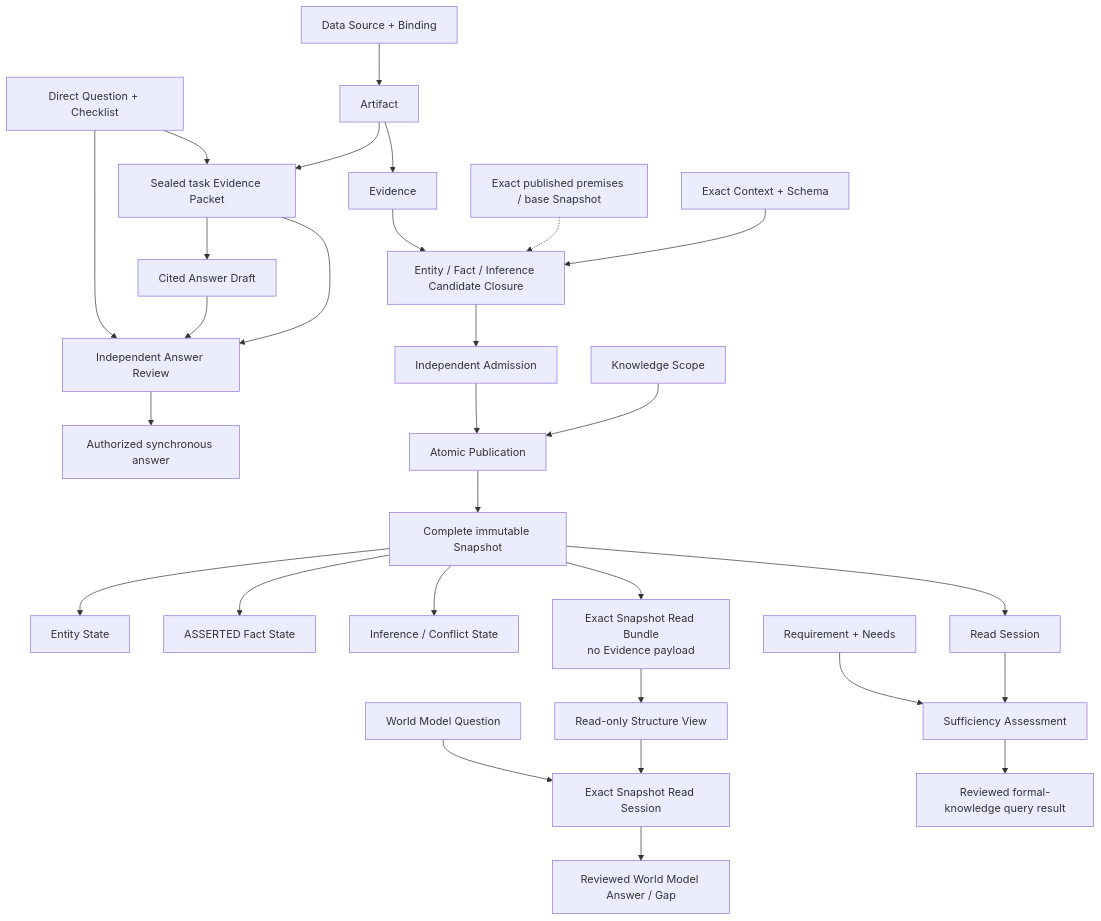
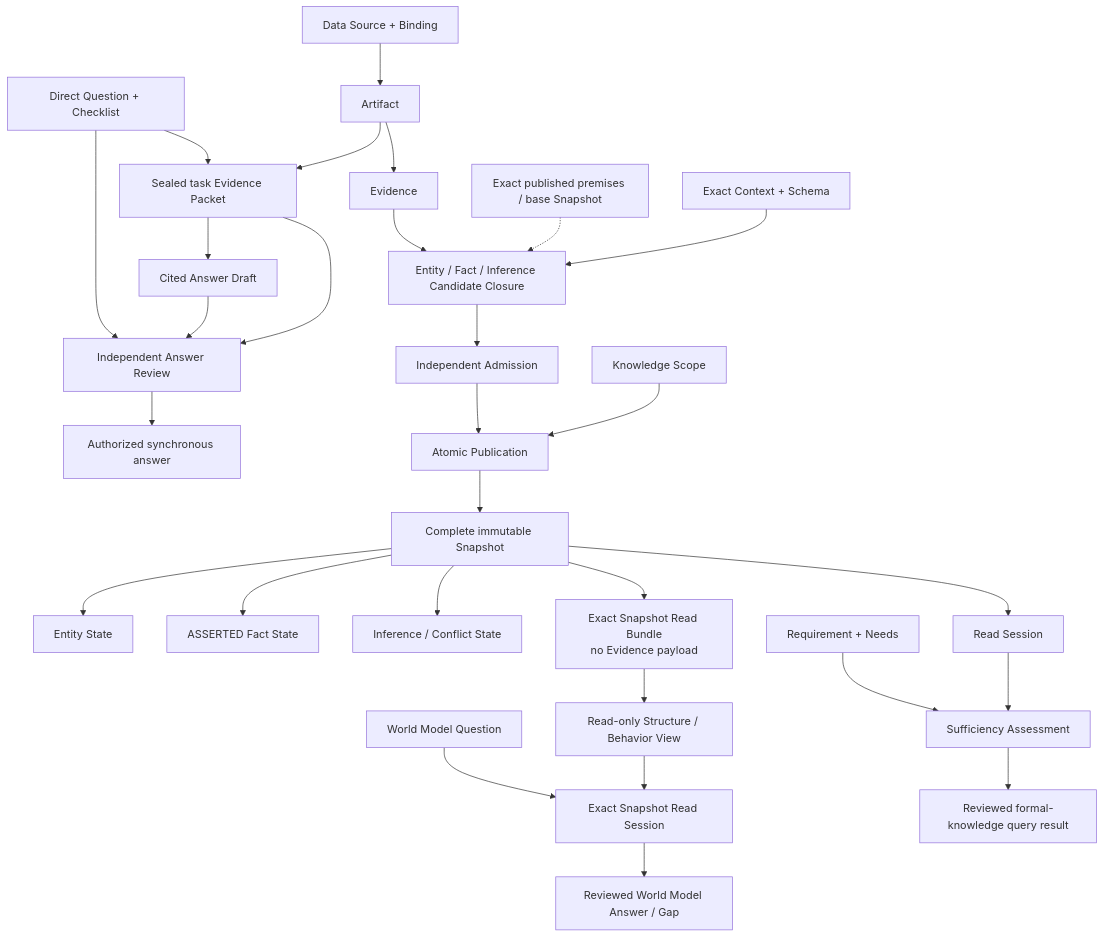
One commit to baitianxia/software-world-model changed the diagram in docs/system/architecture/domain-model.md. Above: the diagram before and after it, drawn with Mermaid. The commit also changed other lines of this file and 134 other files, not shown here.

````diff
--- a/docs/system/architecture/domain-model.md
+++ b/docs/system/architecture/domain-model.md
@@ -14,31 +14,31 @@
 ```mermaid
 flowchart TD
     DS["Data Source + Binding"] --> AR["Artifact"]
     Q["Direct Question + Checklist"] --> EP["Sealed task Evidence Packet"]
     AR --> EP
     EP --> DA["Cited Answer Draft"]
     Q --> RV["Independent Answer Review"]
     DA --> RV
     EP --> RV
     RV --> AA["Authorized synchronous answer"]
     AR --> EV["Evidence"]
     EV --> CC["Entity / Fact / Inference Candidate Closure"]
     PS["Exact published premises / base Snapshot"] -.-> CC
     CX["Exact Context + Schema"] --> CC
     CC --> AD["Independent Admission"]
     AD --> PB["Atomic Publication"]
     KS["Knowledge Scope"] --> PB
     PB --> SN["Complete immutable Snapshot"]
     SN --> EN["Entity State"]
     SN --> FA["ASSERTED Fact State"]
     SN --> IN["Inference / Conflict State"]
     SN --> RB["Exact Snapshot Read Bundle<br/>no Evidence payload"]
-    RB --> SV["Read-only Structure View"]
+    RB --> SV["Read-only Structure / Behavior View"]
     WQ["World Model Question"] --> WR["Exact Snapshot Read Session"]
     SV --> WR
     WR --> WA["Reviewed World Model Answer / Gap"]
     SN --> RS["Read Session"]
     RQ["Requirement + Needs"] --> AS["Sufficiency Assessment"]
     RS --> AS
     AS --> KA["Reviewed formal-knowledge query result"]
 ```
````
